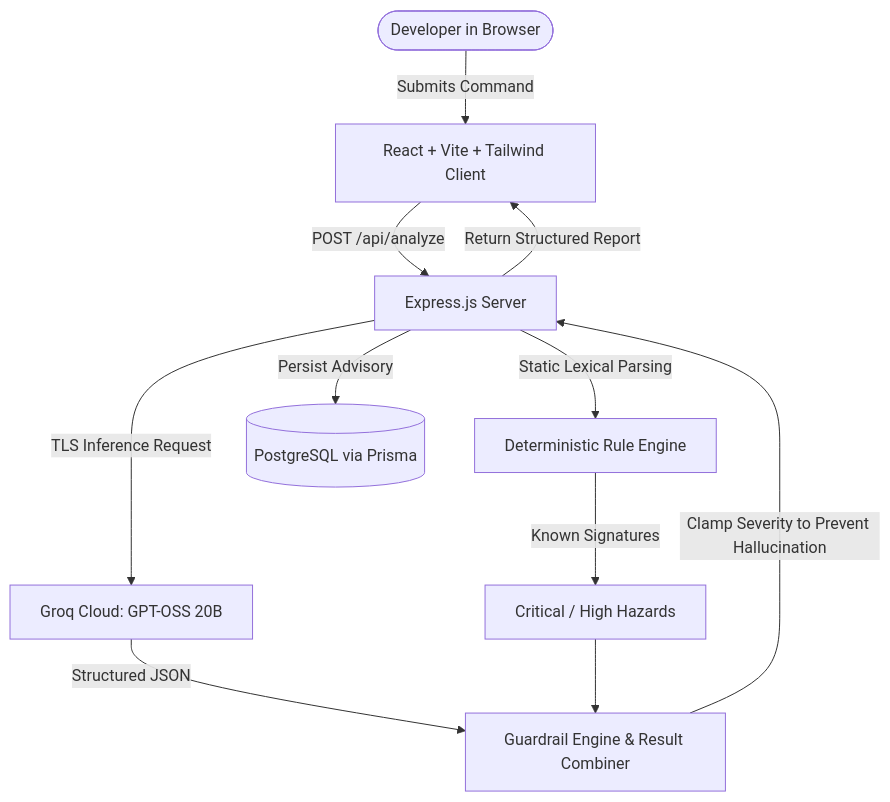
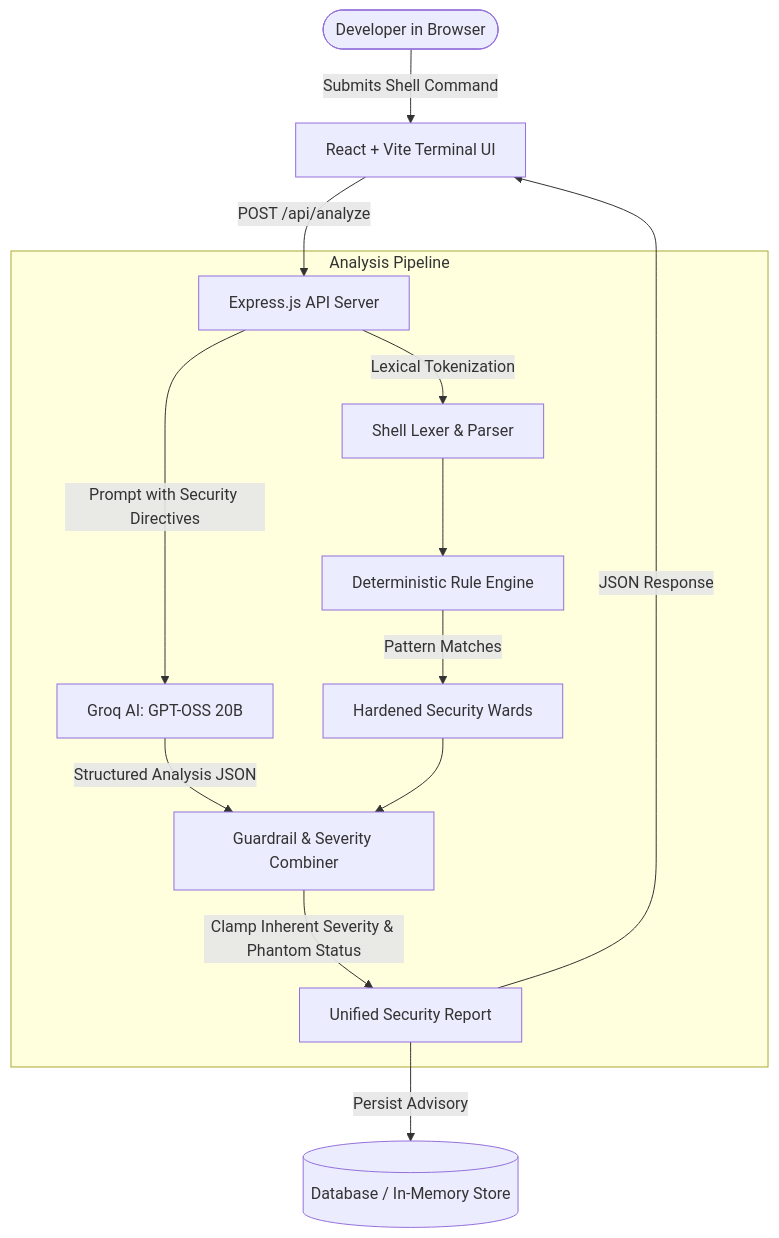
The diagram in README.md (CyborgX-hash/terminal-poltergeist), drawn with Mermaid before and after one commit. The commit also changed other lines of this file, not shown here.

Commit message:
docs: update README with complete project architecture, testing, and setup guide

````diff
--- a/README.md
+++ b/README.md
@@ -55,13 +44,20 @@
 ```mermaid
 graph TD
-    User([Developer in Browser]) -->|Submits Command| Frontend[React + Vite + Tailwind Client]
-    Frontend -->|POST /api/analyze| Express[Express.js Server]
-    Express -->|Static Lexical Parsing| RuleEngine[Deterministic Rule Engine]
-    RuleEngine -->|Known Signatures| Flags[Critical / High Hazards]
-    Express -->|TLS Inference Request| Groq[Groq Cloud: GPT-OSS 20B]
-    Groq -->|Structured JSON| Merger[Guardrail Engine & Result Combiner]
-    Flags --> Merger
-    Merger -->|Clamp Severity to Prevent Hallucination| Express
-    Express -->|Persist Advisory| PostgreSQL[(PostgreSQL via Prisma)]
-    Express -->|Return Structured Report| Frontend
+    User([Developer in Browser]) -->|Submits Shell Command| Frontend[React + Vite Terminal UI]
+    Frontend -->|POST /api/analyze| Server[Express.js API Server]
+    
+    subgraph Analysis Pipeline
+        Server -->|Lexical Tokenization| Lexer[Shell Lexer & Parser]
+        Lexer --> RuleEngine[Deterministic Rule Engine]
+        RuleEngine -->|Pattern Matches| HardRules[Hardened Security Wards]
+        
+        Server -->|Prompt with Security Directives| Groq[Groq AI: GPT-OSS 20B]
+        Groq -->|Structured Analysis JSON| Merger[Guardrail & Severity Combiner]
+        HardRules --> Merger
+        
+        Merger -->|Clamp Inherent Severity & Phantom Status| FinalReport[Unified Security Report]
+    end
+    
+    FinalReport -->|Persist Advisory| DB[(Database / In-Memory Store)]
+    FinalReport -->|JSON Response| Frontend
 ```
````
